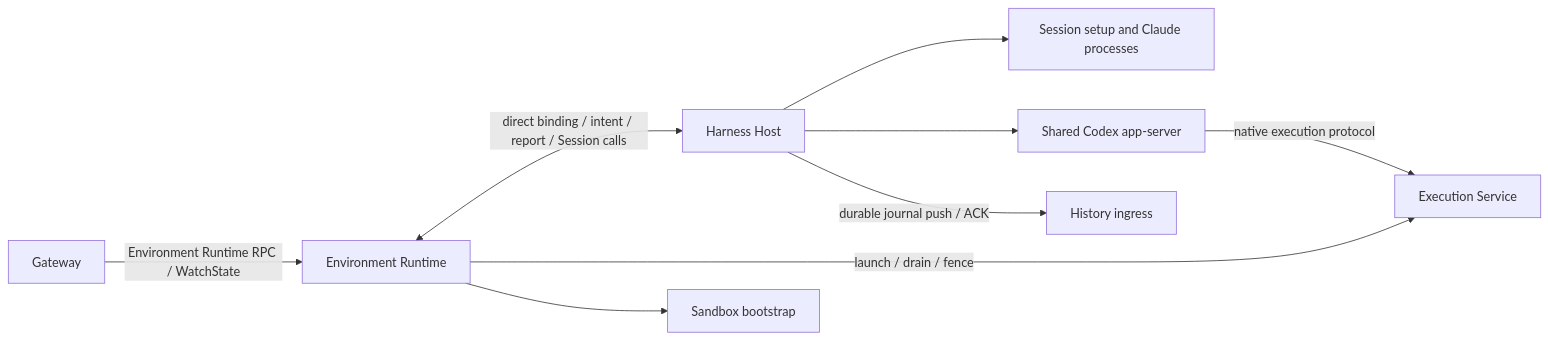
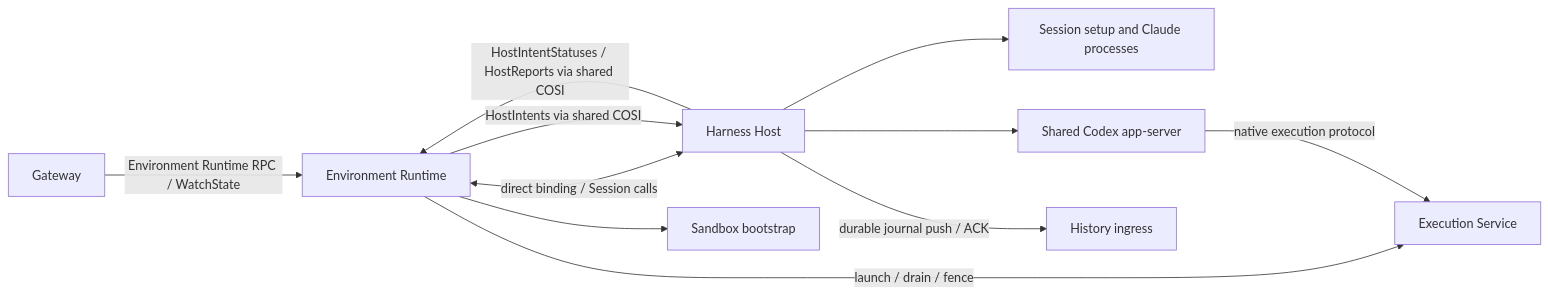
Before and after one commit to agentydragon/ducktape: the first of 2 diagrams in agentplane/env/runtime/docs/lifecycle.md, drawn with Mermaid. The commit also changed other lines of this file and 15 other files, not shown here.

Commit message:
Let Harness Host apply shared COSI lifecycle intent directly

````diff
--- a/agentplane/env/runtime/docs/lifecycle.md
+++ b/agentplane/env/runtime/docs/lifecycle.md
@@ -13,11 +13,13 @@
 ```mermaid
 flowchart LR
   G[Gateway] -->|Environment Runtime RPC / WatchState| R[Environment Runtime]
-  R <-->|direct binding / intent / report / Session calls| H[Harness Host]
+  R <-->|direct binding / Session calls| H[Harness Host]
+  R -->|HostIntents via shared COSI| H
+  H -->|HostIntentStatuses / HostReports via shared COSI| R
   R -->|launch / drain / fence| E[Execution Service]
   R --> B[Sandbox bootstrap]
   H --> S[Session setup and Claude processes]
   H --> C[Shared Codex app-server]
   C -->|native execution protocol| E
   H -->|durable journal push / ACK| I[History ingress]
 ```
````
